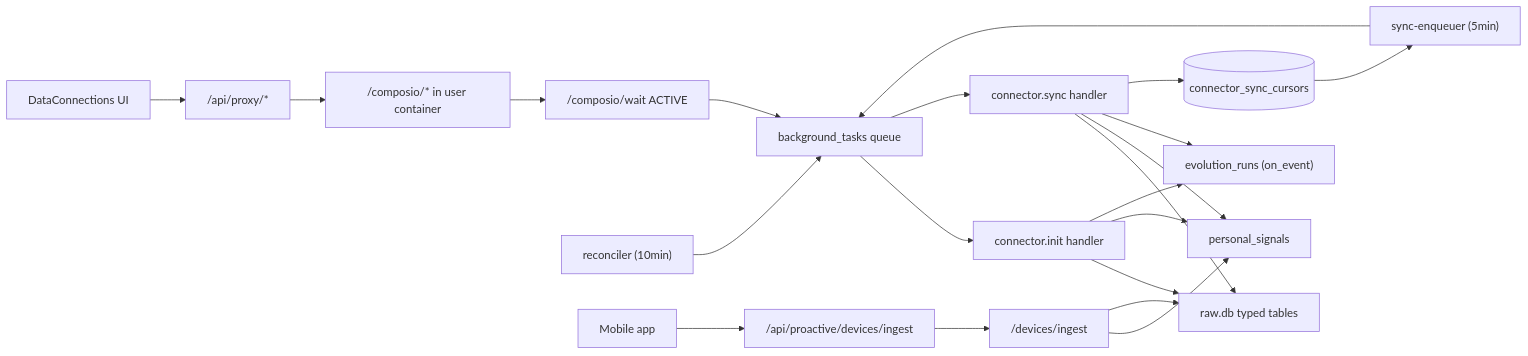
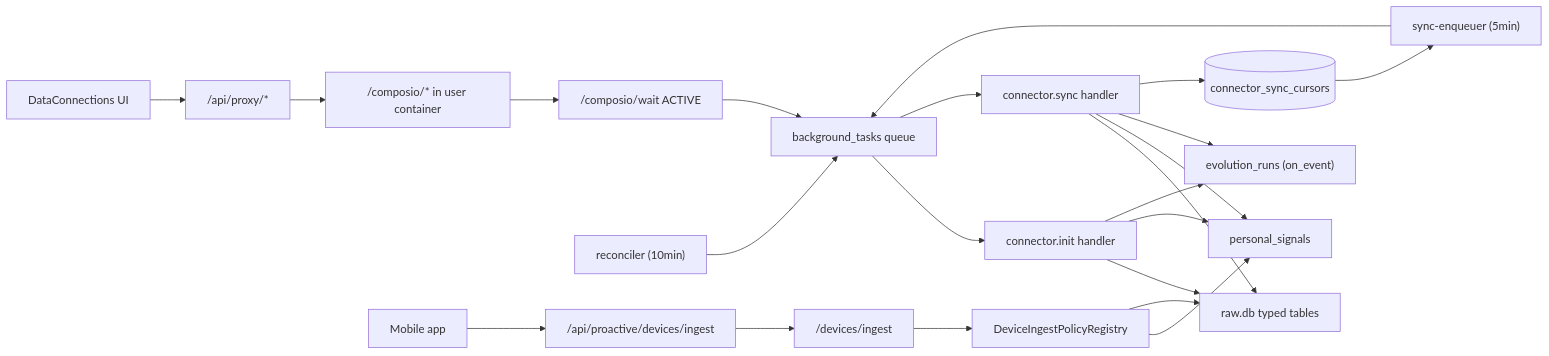
One commit to Edge-AI-HQ/proactive-assistant changed the first of 4 diagrams in docs/modules/data-connectors.mdx. Above: the diagram before and after it, drawn with Mermaid. The commit also changed other lines of this file and 16 other files, not shown here.

First line of the commit message:
feat(device): add health raw ingest policy

````diff
--- a/docs/modules/data-connectors.mdx
+++ b/docs/modules/data-connectors.mdx
@@ -16,23 +16,24 @@
 ```mermaid
 flowchart LR
   UI["DataConnections UI"] --> Proxy["/api/proxy/*"]
   Proxy --> Composio["/composio/* in user container"]
   Composio --> Wait["/composio/wait ACTIVE"]
   Wait --> Tasks["background_tasks queue"]
   Recon["reconciler (10min)"] --> Tasks
   SyncEnq["sync-enqueuer (5min)"] --> Tasks
   Cursors[("connector_sync_cursors")] --> SyncEnq
   Tasks --> InitH["connector.init handler"]
   Tasks --> SyncH["connector.sync handler"]
   InitH --> Raw["raw.db typed tables"]
   InitH --> PS["personal_signals"]
   InitH --> Evo["evolution_runs (on_event)"]
   SyncH --> Raw
   SyncH --> PS
   SyncH --> Evo
   SyncH --> Cursors
   Mobile["Mobile app"] --> MobileProxy["/api/proactive/devices/ingest"]
   MobileProxy --> MobileRoute["/devices/ingest"]
-  MobileRoute --> PS
-  MobileRoute --> Raw
+  MobileRoute --> Policy["DeviceIngestPolicyRegistry"]
+  Policy --> PS
+  Policy --> Raw
 ```
````
